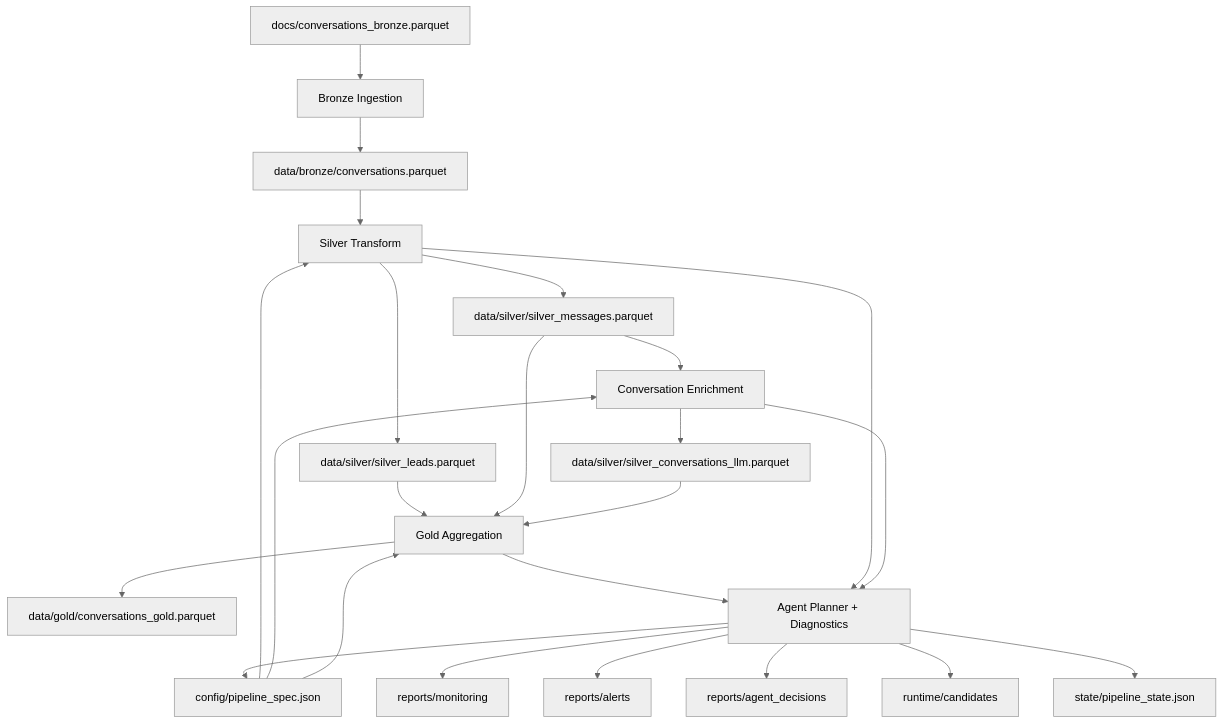
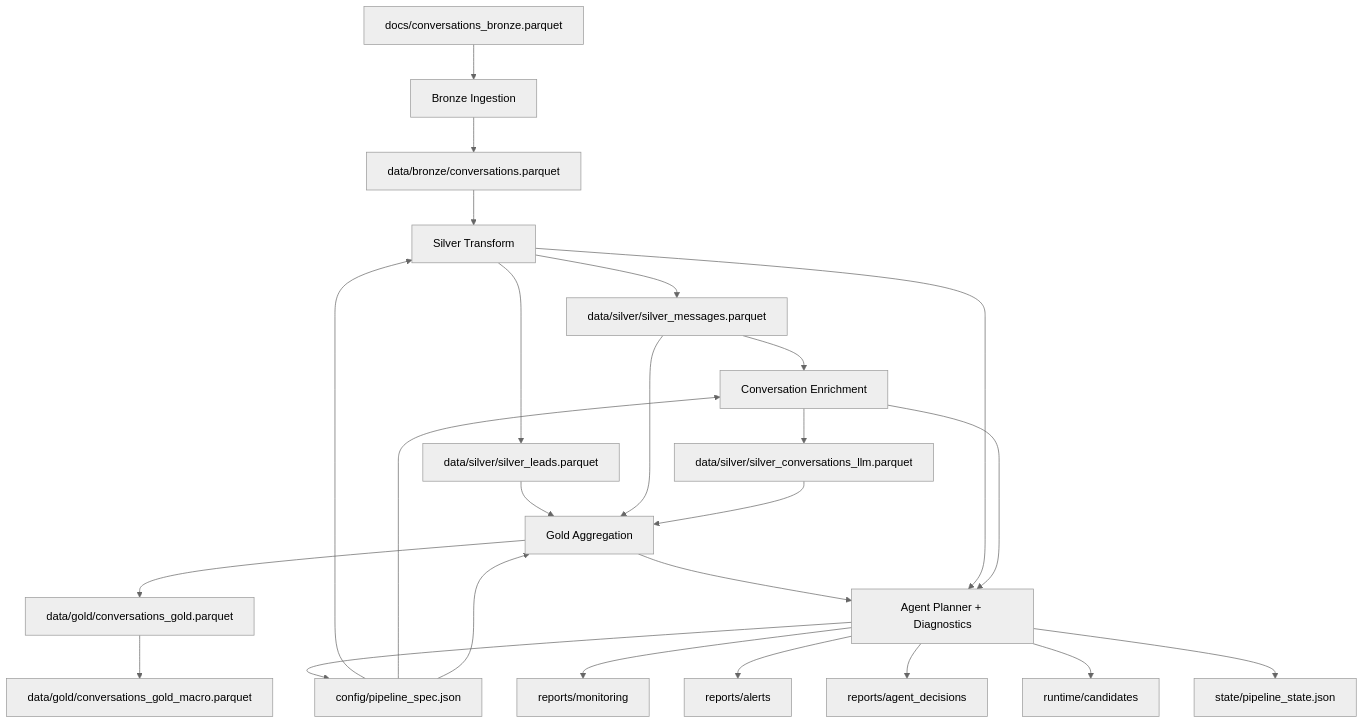
Before and after one commit to lucas54neves/namastex-test: the diagram in README.md, drawn with Mermaid (neutral theme). The commit also changed other lines of this file and 11 other files, not shown here.

First line of the commit message:
feat(gold): implement Gold Macro aggregated view artifact

````diff
--- a/README.md
+++ b/README.md
@@ -39,28 +39,29 @@
 ```mermaid
 flowchart TD
     A[docs/conversations_bronze.parquet] --> B[Bronze Ingestion]
     B --> C[data/bronze/conversations.parquet]
     C --> D[Silver Transform]
     D --> E[data/silver/silver_messages.parquet]
     D --> F[data/silver/silver_leads.parquet]
     E --> G[Conversation Enrichment]
     G --> H[data/silver/silver_conversations_llm.parquet]
     F --> I[Gold Aggregation]
     E --> I
     H --> I
     I --> J[data/gold/conversations_gold.parquet]
+    J --> J2[data/gold/conversations_gold_macro.parquet]
 
     K[config/pipeline_spec.json] --> D
     K --> G
     K --> I
 
     L[Agent Planner + Diagnostics] --> K
     L --> M[reports/monitoring]
     L --> N[reports/alerts]
     L --> O[reports/agent_decisions]
     L --> Q[runtime/candidates]
     L --> P[state/pipeline_state.json]
     I --> L
     D --> L
     G --> L
 ```
````
